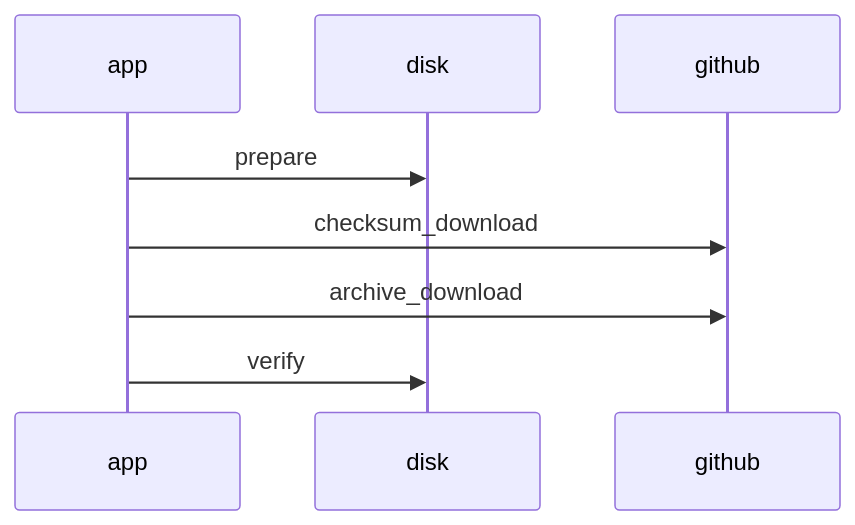
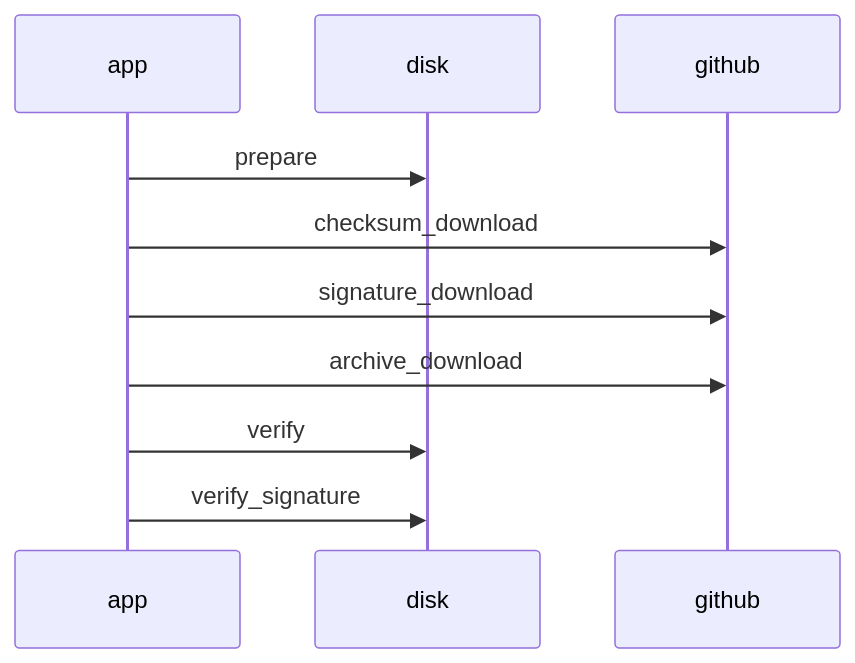
One commit to rabalyn/shale changed the second of 4 diagrams in docs/dataflow/update.md. Above: the diagram before and after it, drawn with Mermaid. The commit also changed 17 other files, not shown here.

````diff
--- a/docs/dataflow/update.md
+++ b/docs/dataflow/update.md
@@ -23,10 +23,12 @@
 ```mermaid
 sequenceDiagram
     participant app
     participant disk
     participant github
     app->>disk: prepare
     app->>github: checksum_download
+    app->>github: signature_download
     app->>github: archive_download
     app->>disk: verify
+    app->>disk: verify_signature
 ```
````
